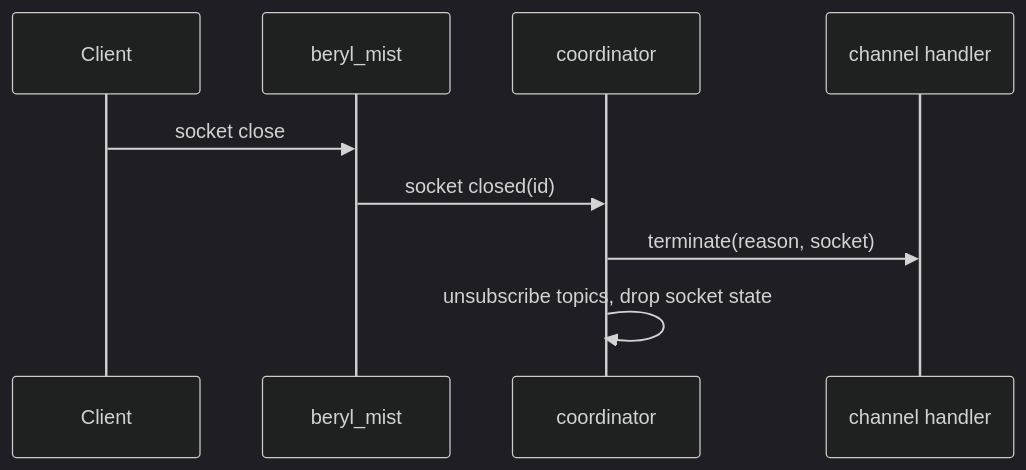
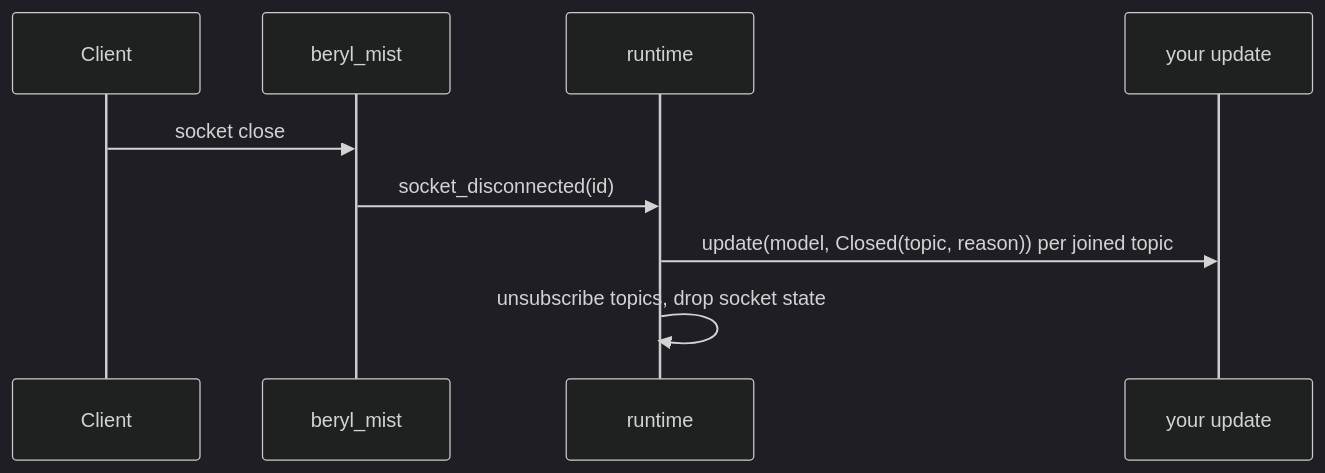
Before and after one commit to tylerbutler/beryl: the sixth of 6 diagrams in website/src/content/docs/architecture/message-lifecycle.md, drawn with Mermaid (dark theme). The commit also changed other lines of this file and 21 other files, not shown here.

````diff
--- a/website/src/content/docs/architecture/message-lifecycle.md
+++ b/website/src/content/docs/architecture/message-lifecycle.md
@@ -92,11 +96,11 @@
 ```mermaid
 sequenceDiagram
   participant Client
   participant Mist as beryl_mist
-  participant Coord as coordinator
-  participant Ch as channel handler
+  participant RT as runtime
+  participant App as your update
   Client->>Mist: socket close
-  Mist->>Coord: socket closed(id)
-  Coord->>Ch: terminate(reason, socket)
-  Coord->>Coord: unsubscribe topics, drop socket state
+  Mist->>RT: socket_disconnected(id)
+  RT->>App: update(model, Closed(topic, reason)) per joined topic
+  RT->>RT: unsubscribe topics, drop socket state
 ```
````
